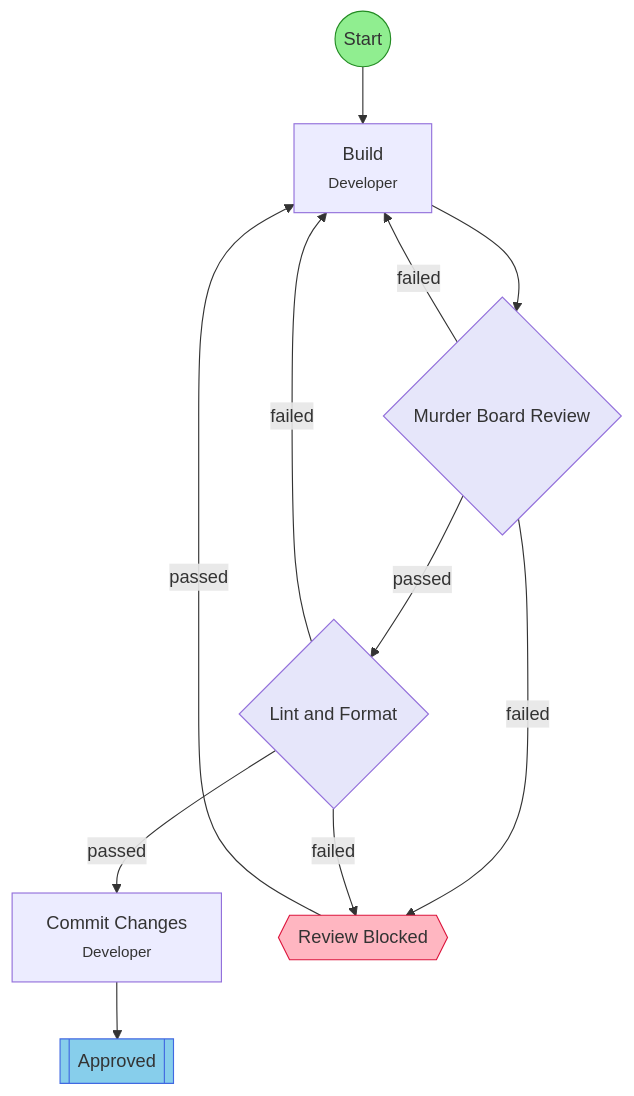
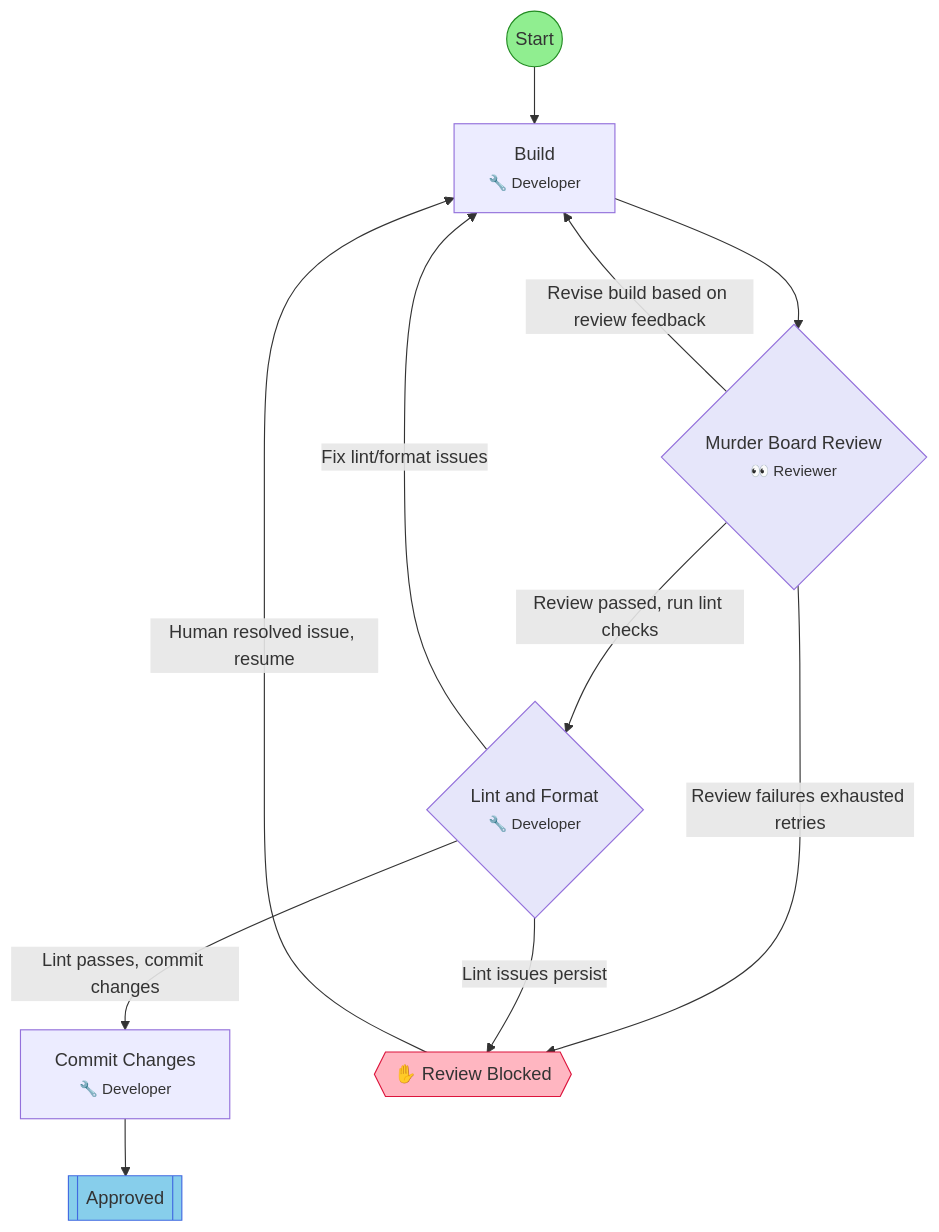
The diagram in .flow/diagrams/build-review-murder-board.md (leclabs/agent-toolkit), drawn with Mermaid before and after one commit. The commit also changed other lines of this file and 34 other files, not shown here.

First line of the commit message:
feat: add emoji field to workflow schema and render in diagrams

````diff
--- a/.flow/diagrams/build-review-murder-board.md
+++ b/.flow/diagrams/build-review-murder-board.md
@@ -7,32 +7,32 @@
 ```mermaid
 flowchart TD
     start(("Start"))
-    build["Build<br/><small>Developer</small>"]
-    review{"Murder Board Review"}
-    lint_format{"Lint and Format"}
-    commit["Commit Changes<br/><small>Developer</small>"]
+    build["Build<br/><small>🔧 Developer</small>"]
+    review{"Murder Board Review<br/><small>👀 Reviewer</small>"}
+    lint_format{"Lint and Format<br/><small>🔧 Developer</small>"}
+    commit["Commit Changes<br/><small>🔧 Developer</small>"]
     end_success[["Approved"]]
-    hitl_blocked{{"Review Blocked"}}
+    hitl_blocked{{"✋ Review Blocked"}}
 
     start --> build
     build --> review
-    review -->|failed| build
-    review -->|failed| hitl_blocked
-    review -->|passed| lint_format
-    lint_format -->|passed| commit
-    lint_format -->|failed| build
-    lint_format -->|failed| hitl_blocked
+    review -->|Revise build based on review feedback| build
+    review -->|Review failures exhausted retries| hitl_blocked
+    review -->|Review passed, run lint checks| lint_format
+    lint_format -->|Lint passes, commit changes| commit
+    lint_format -->|Fix lint/format issues| build
+    lint_format -->|Lint issues persist| hitl_blocked
     commit --> end_success
-    hitl_blocked -->|passed| build
+    hitl_blocked -->|Human resolved issue, resume| build
 
     classDef startStep fill:#90EE90,stroke:#228B22
     classDef successStep fill:#87CEEB,stroke:#4169E1
     classDef hitlStep fill:#FFB6C1,stroke:#DC143C
     classDef gateStep fill:#E6E6FA,stroke:#9370DB
     classDef forkJoinStep fill:#FFEAA7,stroke:#FDCB6E
     classDef currentStep fill:#FFD700,stroke:#FF8C00,stroke-width:3px
     class start startStep
     class end_success successStep
     class hitl_blocked hitlStep
     class review,lint_format gateStep
 ```
````
